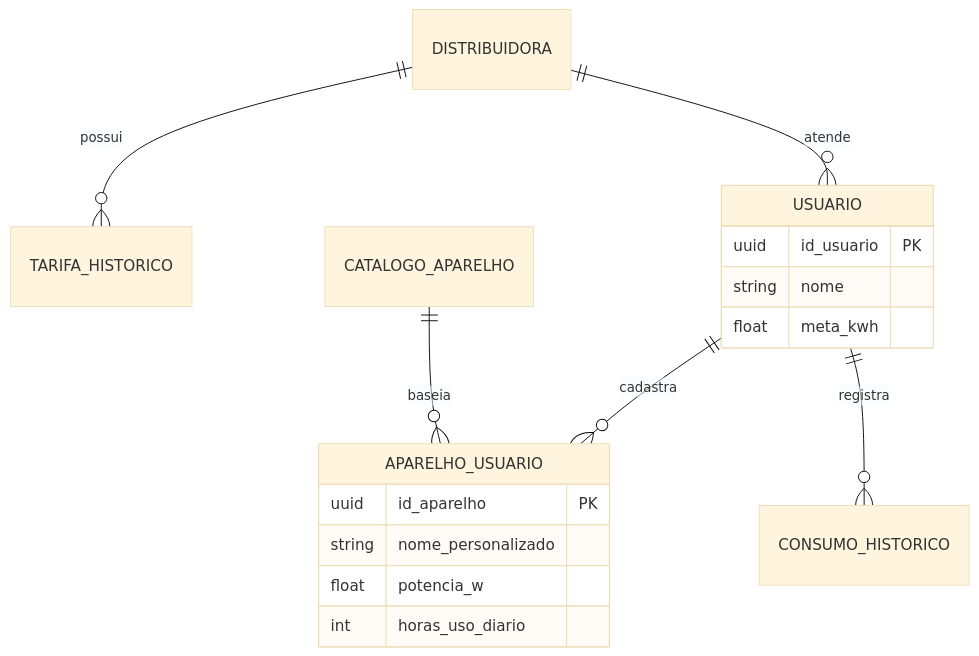
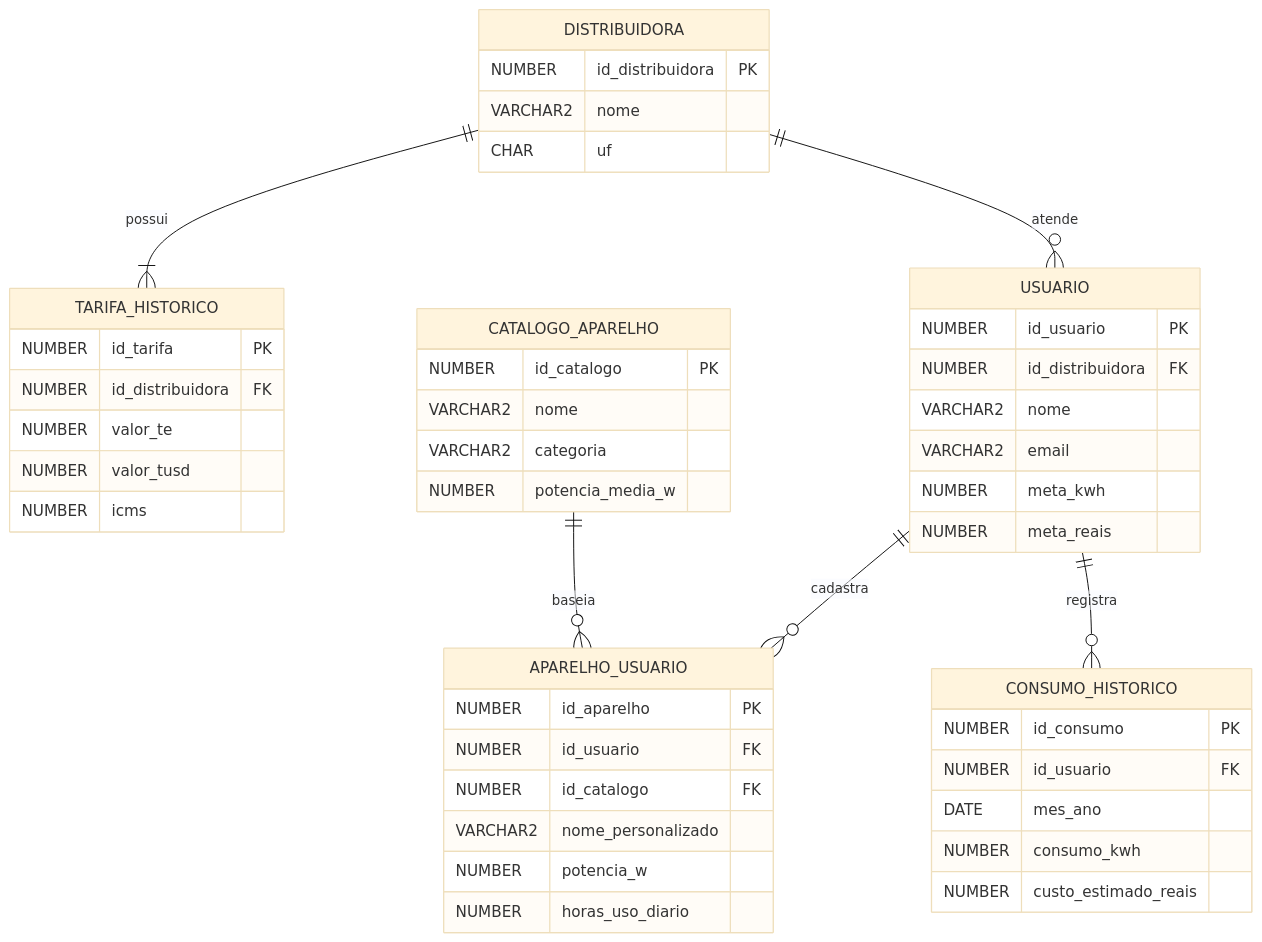
Before and after one commit to Wadriancodes/EnergiaInteligente: the second of 2 diagrams in README.md, drawn with Mermaid (base theme). The commit also changed other lines of this file, not shown here.

````diff
--- a/README.md
+++ b/README.md
@@ -49,20 +55,50 @@
 ```mermaid
 erDiagram
-    DISTRIBUIDORA ||--o{ TARIFA_HISTORICO : possui
+    DISTRIBUIDORA ||--|{ TARIFA_HISTORICO : possui
     DISTRIBUIDORA ||--o{ USUARIO : atende
     USUARIO ||--o{ APARELHO_USUARIO : cadastra
     USUARIO ||--o{ CONSUMO_HISTORICO : registra
     CATALOGO_APARELHO ||--o{ APARELHO_USUARIO : baseia
 
+    DISTRIBUIDORA {
+        NUMBER id_distribuidora PK
+        VARCHAR2 nome
+        CHAR uf
+    }
+    TARIFA_HISTORICO {
+        NUMBER id_tarifa PK
+        NUMBER id_distribuidora FK
+        NUMBER valor_te
+        NUMBER valor_tusd
+        NUMBER icms
+    }
     USUARIO {
-        uuid id_usuario PK
-        string nome
-        float meta_kwh
+        NUMBER id_usuario PK
+        NUMBER id_distribuidora FK
+        VARCHAR2 nome
+        VARCHAR2 email
+        NUMBER meta_kwh
+        NUMBER meta_reais
+    }
+    CATALOGO_APARELHO {
+        NUMBER id_catalogo PK
+        VARCHAR2 nome
+        VARCHAR2 categoria
+        NUMBER potencia_media_w
     }
     APARELHO_USUARIO {
-        uuid id_aparelho PK
-        string nome_personalizado
-        float potencia_w
-        int horas_uso_diario
+        NUMBER id_aparelho PK
+        NUMBER id_usuario FK
+        NUMBER id_catalogo FK
+        VARCHAR2 nome_personalizado
+        NUMBER potencia_w
+        NUMBER horas_uso_diario
+    }
+    CONSUMO_HISTORICO {
+        NUMBER id_consumo PK
+        NUMBER id_usuario FK
+        DATE mes_ano
+        NUMBER consumo_kwh
+        NUMBER custo_estimado_reais
     }
 ```
````
